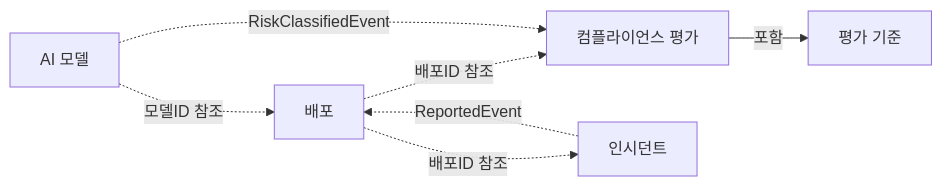
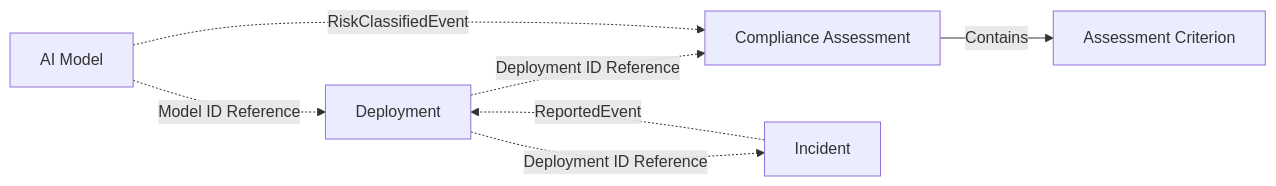
The third of 4 diagrams in Docs.Site/src/content/docs/samples/ai-model-governance/domain/00-business-requirements.md (hhko/Functorium), drawn with Mermaid before and after one commit. The commit also changed other lines of this file and 31 other files, not shown here.

````diff
--- a/Docs.Site/src/content/docs/samples/ai-model-governance/domain/00-business-requirements.md
+++ b/Docs.Site/src/content/docs/samples/ai-model-governance/domain/00-business-requirements.md
@@ -145,16 +145,16 @@
 ```mermaid
 flowchart LR
-    AIModel["AI 모델"]
-    Deployment["배포"]
-    Assessment["컴플라이언스 평가"]
-    Criterion["평가 기준"]
-    Incident["인시던트"]
+    AIModel["AI Model"]
+    Deployment["Deployment"]
+    Assessment["Compliance Assessment"]
+    Criterion["Assessment Criterion"]
+    Incident["Incident"]
 
-    AIModel -. "모델ID 참조" .-> Deployment
-    Deployment -. "배포ID 참조" .-> Assessment
-    Assessment -- "포함" --> Criterion
-    Deployment -. "배포ID 참조" .-> Incident
+    AIModel -. "Model ID Reference" .-> Deployment
+    Deployment -. "Deployment ID Reference" .-> Assessment
+    Assessment -- "Contains" --> Criterion
+    Deployment -. "Deployment ID Reference" .-> Incident
 
     AIModel -. "RiskClassifiedEvent" .-> Assessment
     Incident -. "ReportedEvent" .-> Deployment
 ```
````
